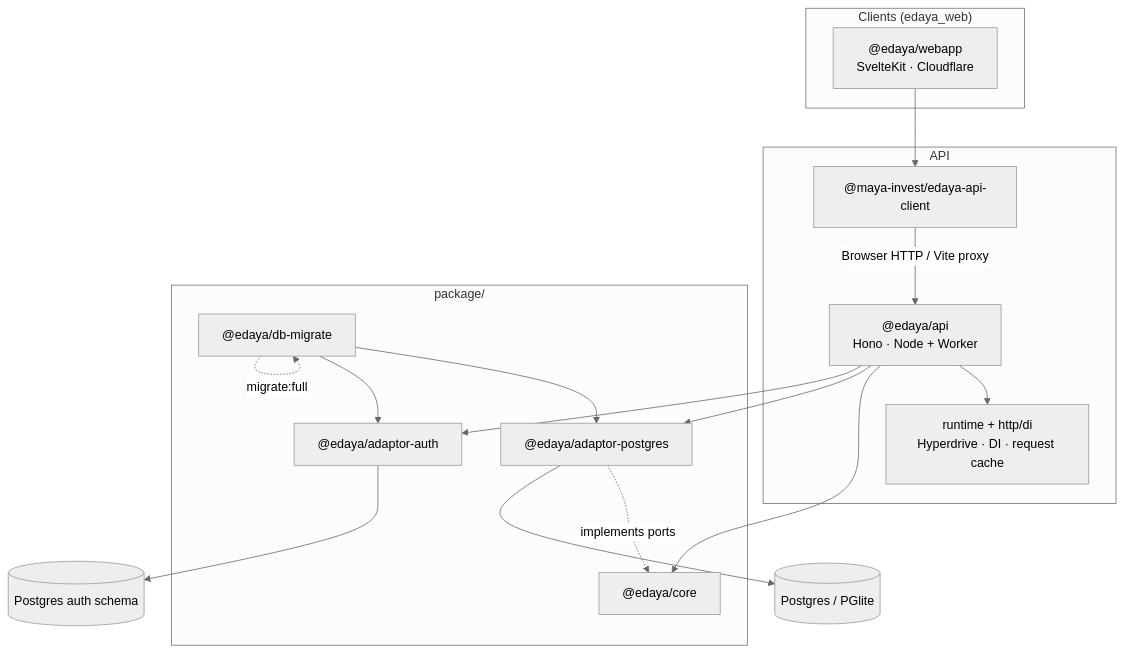
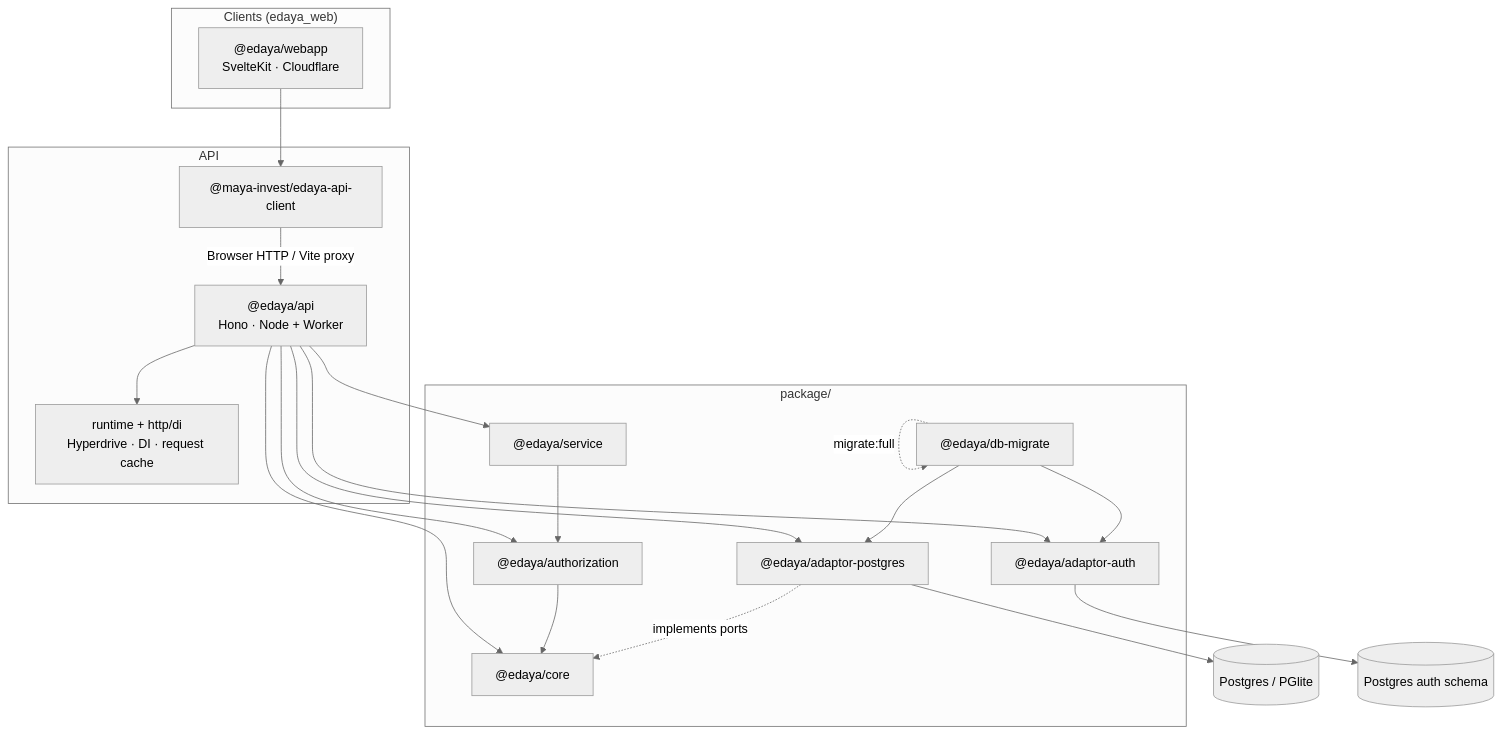
One commit to Maya-Invest/edaya_backend changed the diagram in README.md. Above: the diagram before and after it, drawn with Mermaid (neutral theme). The commit also changed other lines of this file and 311 other files, not shown here.

First line of the commit message:
Refactor agent architecture and update package structure

````diff
--- a/README.md
+++ b/README.md
@@ -38,32 +44,38 @@
 ```mermaid
 flowchart TB
   subgraph clients["Clients (edaya_web)"]
     Webapp["@edaya/webapp<br/>SvelteKit · Cloudflare"]
   end
 
   subgraph api_layer["API"]
     API["@edaya/api<br/>Hono · Node + Worker"]
     Client["@maya-invest/edaya-api-client"]
     WorkerHost["runtime + http/di<br/>Hyperdrive · DI · request cache"]
   end
 
   subgraph package["package/"]
     Core["@edaya/core"]
+    Authz["@edaya/authorization"]
+    Service["@edaya/service"]
     PG["@edaya/adaptor-postgres"]
     Auth["@edaya/adaptor-auth"]
     DbMigrate["@edaya/db-migrate"]
   end
 
   Webapp --> Client
   Client -->|Browser HTTP / Vite proxy| API
   API --> WorkerHost
+  API --> Service
+  API --> Authz
   API --> Core
   API --> PG
   API --> Auth
+  Service --> Authz
+  Authz --> Core
   PG -.->|implements ports| Core
   DbMigrate --> PG
   DbMigrate --> Auth
   DbMigrate -.->|migrate:full| DbMigrate
   PG --> SchoolDB[(Postgres / PGlite)]
   Auth --> AuthDB[(Postgres auth schema)]
 ```
````
